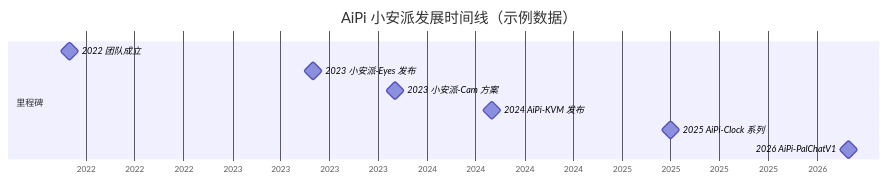
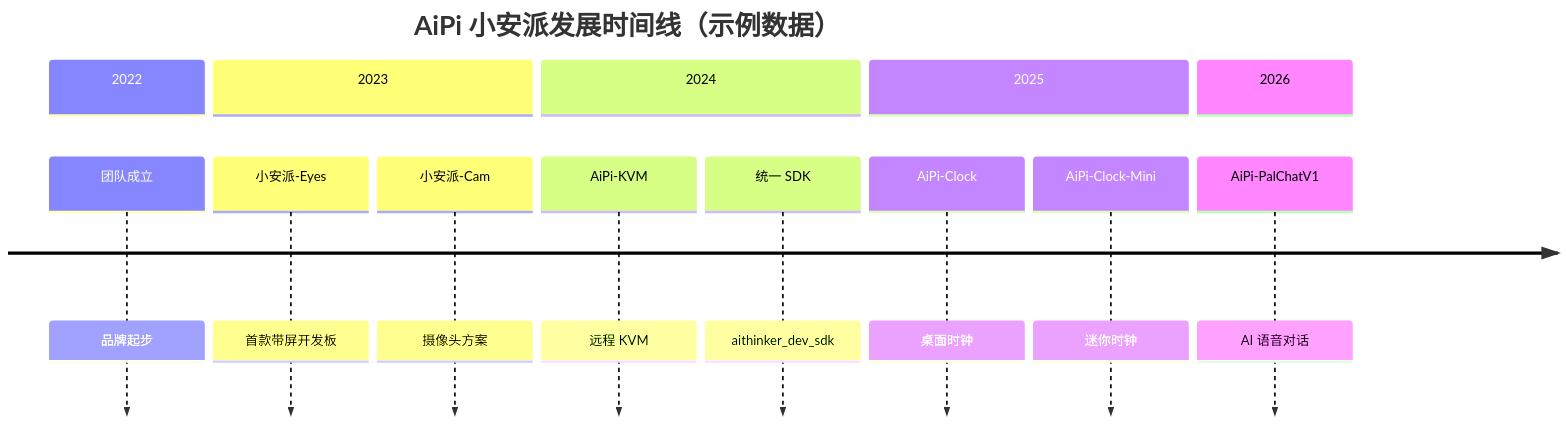
Before and after one commit to Ai-Thinker-AiPi/.github: the diagram in profile/README.md, drawn with Mermaid. The commit also changed 1 other file, not shown here.

Commit message:
demo: timeline diagram in profile README

````diff
--- a/profile/README.md
+++ b/profile/README.md
@@ -24,13 +24,17 @@
 ```mermaid
-gantt
+timeline
     title AiPi 小安派发展时间线（示例数据）
-    dateFormat YYYY-MM-DD
-    axisFormat %Y
-    section 里程碑
-    2022 团队成立 :milestone, 2022-03-01, 0d
-    2023 小安派-Eyes 发布 :milestone, 2023-06-01, 0d
-    2023 小安派-Cam 方案 :milestone, 2023-11-01, 0d
-    2024 AiPi-KVM 发布 :milestone, 2024-05-01, 0d
-    2025 AiPi-Clock 系列 :milestone, 2025-04-01, 0d
-    2026 AiPi-PalChatV1 :milestone, 2026-03-01, 0d
+    section 2022
+        团队成立 : 品牌起步
+    section 2023
+        小安派-Eyes : 首款带屏开发板
+        小安派-Cam : 摄像头方案
+    section 2024
+        AiPi-KVM : 远程 KVM
+        统一 SDK : aithinker_dev_sdk
+    section 2025
+        AiPi-Clock : 桌面时钟
+        AiPi-Clock-Mini : 迷你时钟
+    section 2026
+        AiPi-PalChatV1 : AI 语音对话
 ```
````
